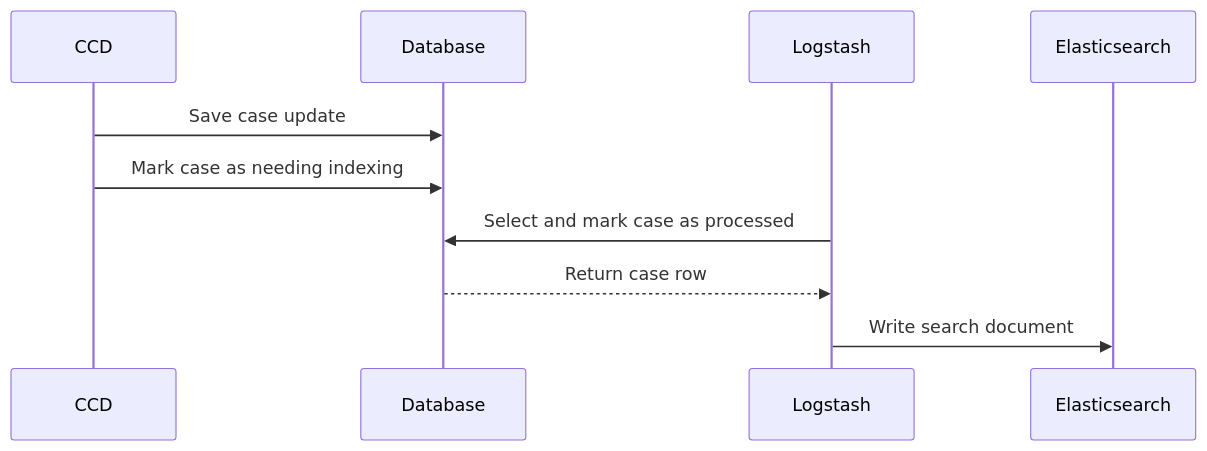
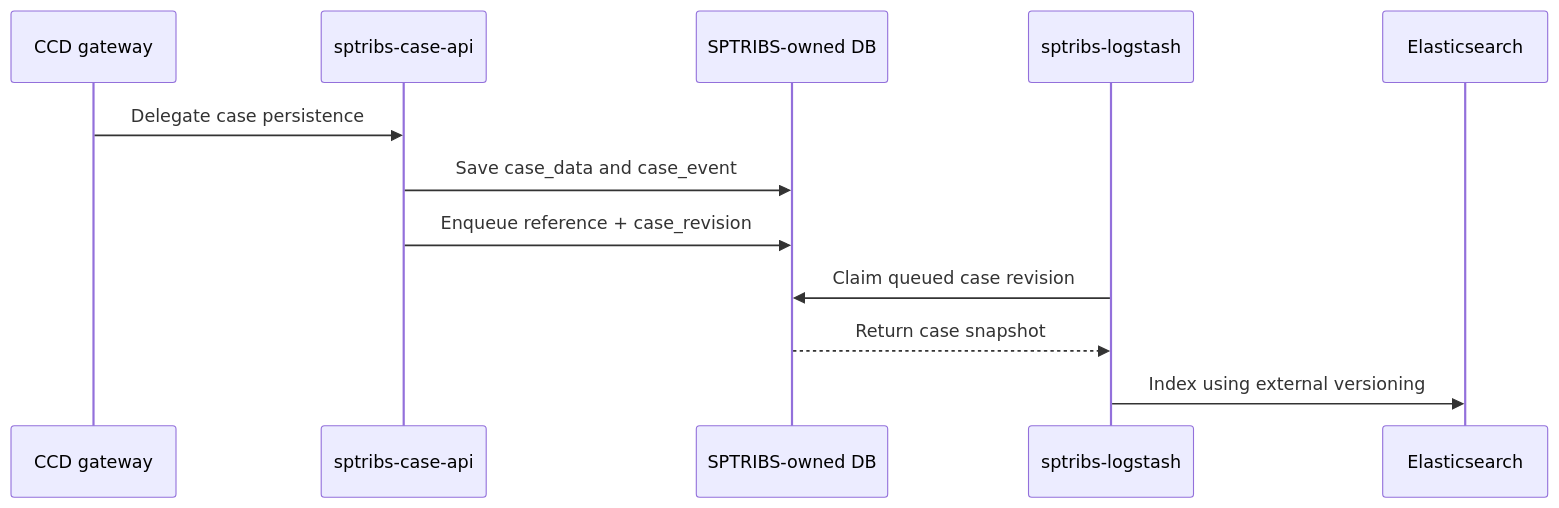
The second of 3 diagrams in docs/es-indexing.md (hmcts/dtsse-ccd-config-generator), drawn with Mermaid before and after one commit. The commit also changed other lines of this file, not shown here.

Commit message:
Refocus Elasticsearch indexing overview

````diff
--- a/docs/es-indexing.md
+++ b/docs/es-indexing.md
@@ -49,13 +52,15 @@
 ```mermaid
 sequenceDiagram
-  participant CCD as CCD
-  participant DB as Database
-  participant LS as Logstash
+  participant CCD as CCD gateway
+  participant Service as sptribs-case-api
+  participant DB as SPTRIBS-owned DB
+  participant LS as sptribs-logstash
   participant ES as Elasticsearch
 
-  CCD->>DB: Save case update
-  CCD->>DB: Mark case as needing indexing
-  LS->>DB: Select and mark case as processed
-  DB-->>LS: Return case row
-  LS->>ES: Write search document
+  CCD->>Service: Delegate case persistence
+  Service->>DB: Save case_data and case_event
+  Service->>DB: Enqueue reference + case_revision
+  LS->>DB: Claim queued case revision
+  DB-->>LS: Return case snapshot
+  LS->>ES: Index using external versioning
 ```
````
